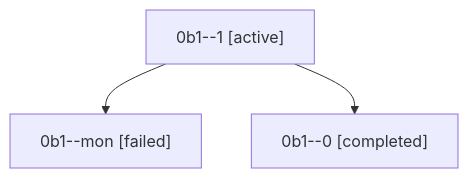
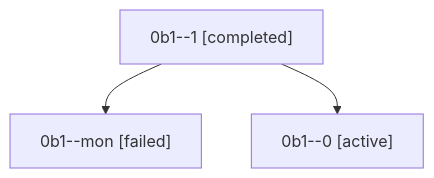
The diagram in families/bbugyi200.athena.0b1.md (sase-org/sase--agents), drawn with Mermaid before and after one commit. The commit also changed other lines of this file and 35830 other files, not shown here.

````diff
--- a/families/bbugyi200.athena.0b1.md
+++ b/families/bbugyi200.athena.0b1.md
@@ -9,8 +9,8 @@
 ```mermaid
 flowchart TD
-  n0["0b1--1 [active]"]
+  n0["0b1--1 [completed]"]
   n1["0b1--mon [failed]"]
   n0 --> n1
-  n2["0b1--0 [completed]"]
+  n2["0b1--0 [active]"]
   n0 --> n2
 ```
````
